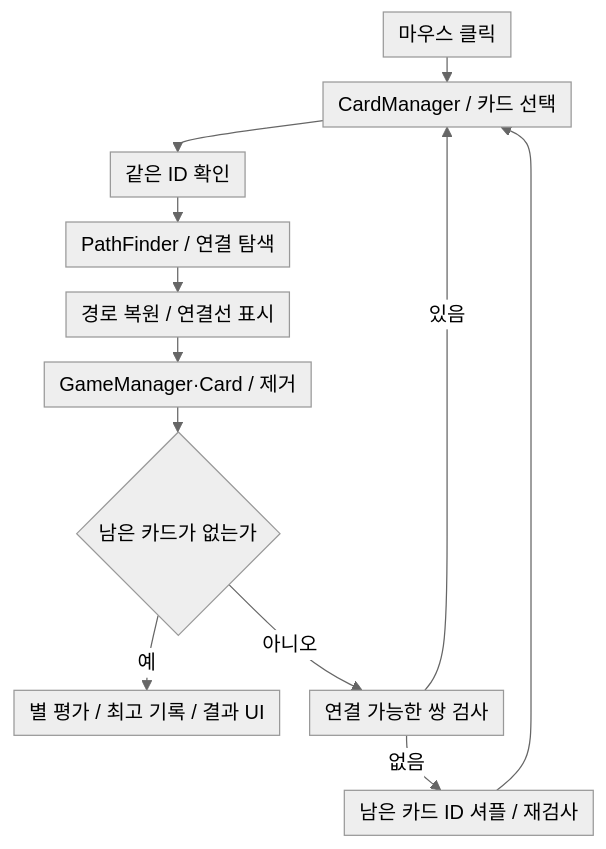
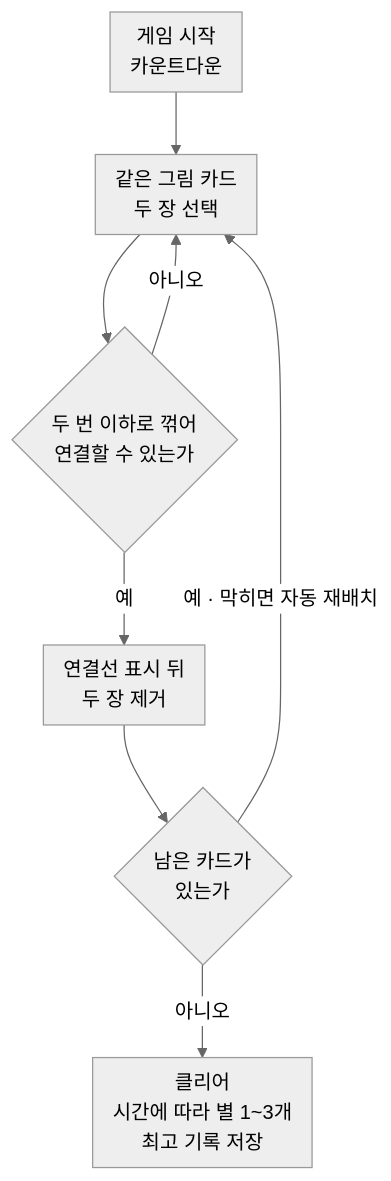
The first of 3 diagrams in src/1-SichuanSung/TechDoc_SichuanSung.md (keeeery/portfolio), drawn with Mermaid (neutral theme) before and after one commit. The commit also changed other lines of this file and 13 other files, not shown here.

Commit message:
기술 문서: 다이어그램 다듬기와 부가 설명 문구 통일, Arcanist 구조도를 전투·카드 개요로, ODDITY 보스 장 정리와 염동력 시연 GIF, 코드 발췌 머리 주석 통일, 데이터 다시 빌드

````diff
--- a/src/1-SichuanSung/TechDoc_SichuanSung.md
+++ b/src/1-SichuanSung/TechDoc_SichuanSung.md
@@ -67,15 +29,13 @@
 ```mermaid
-%%{init: {"flowchart": {"rankSpacing": 20, "nodeSpacing": 24, "padding": 6}}}%%
+%%{init: {"flowchart": {"padding": 8}}}%%
 flowchart TB
-    Input[마우스 클릭] --> Select[CardManager / 카드 선택]
-    Select --> Match[같은 ID 확인]
-    Match --> Path[PathFinder / 연결 탐색]
-    Path --> Line[경로 복원 / 연결선 표시]
-    Line --> Remove[GameManager·Card / 제거]
-    Remove --> Clear{남은 카드가 없는가}
-    Clear -->|예| Result[별 평가 / 최고 기록 / 결과 UI]
-    Clear -->|아니오| Deadlock[연결 가능한 쌍 검사]
-    Deadlock -->|없음| Shuffle[남은 카드 ID 셔플 / 재검사]
-    Shuffle --> Select
-    Deadlock -->|있음| Select
+    Start["게임 시작<br>카운트다운"] --> Pick["같은 그림 카드<br>두 장 선택"]
+    Pick --> Q{"두 번 이하로 꺾어<br>연결할 수 있는가"}
+    Q -->|아니오| Pick
+    Q -->|예| Remove["연결선 표시 뒤<br>두 장 제거"]
+    Remove --> Left{"남은 카드가<br>있는가"}
+    Left -->|예 · 막히면 자동 재배치| Pick
+    Left -->|아니오| Clear["클리어<br>시간에 따라 별 1~3개<br>최고 기록 저장"]
+%% 격자: Start Pick Q | Clear Left Remove
+%% 화살표 Q -> Pick: 나감=위 들어감=위
 ```
````
